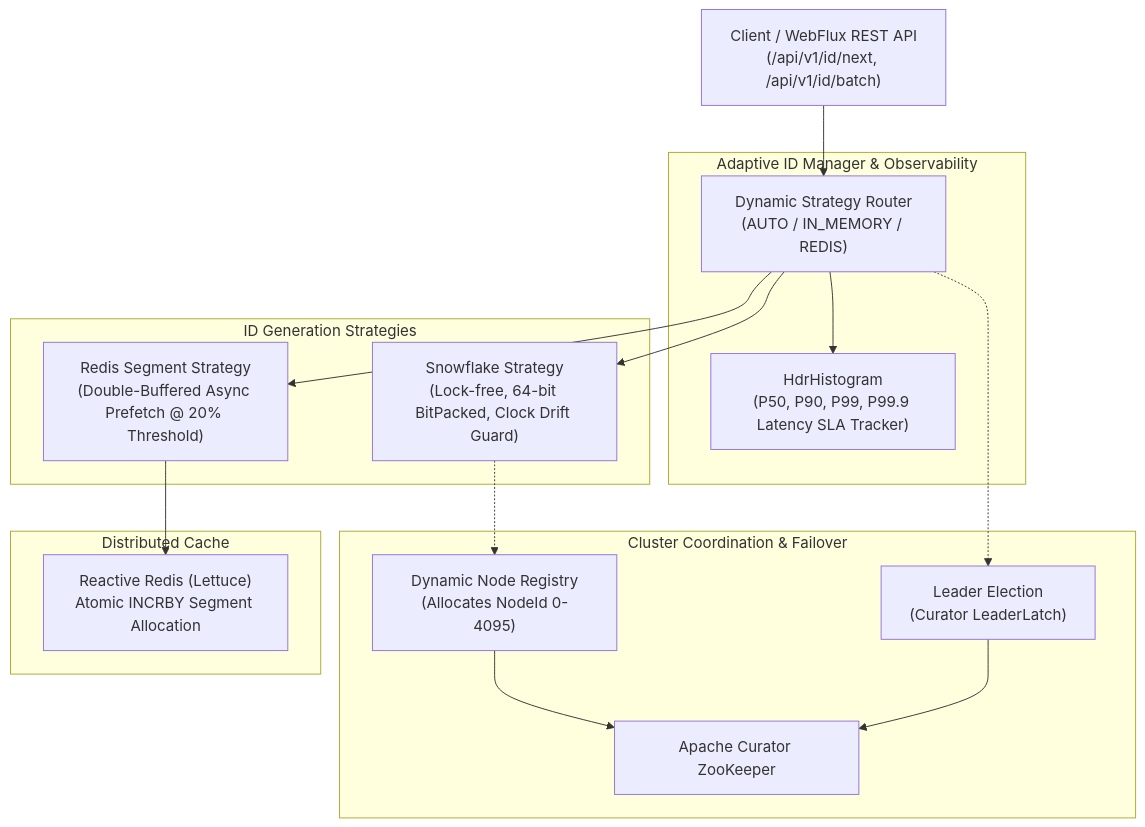
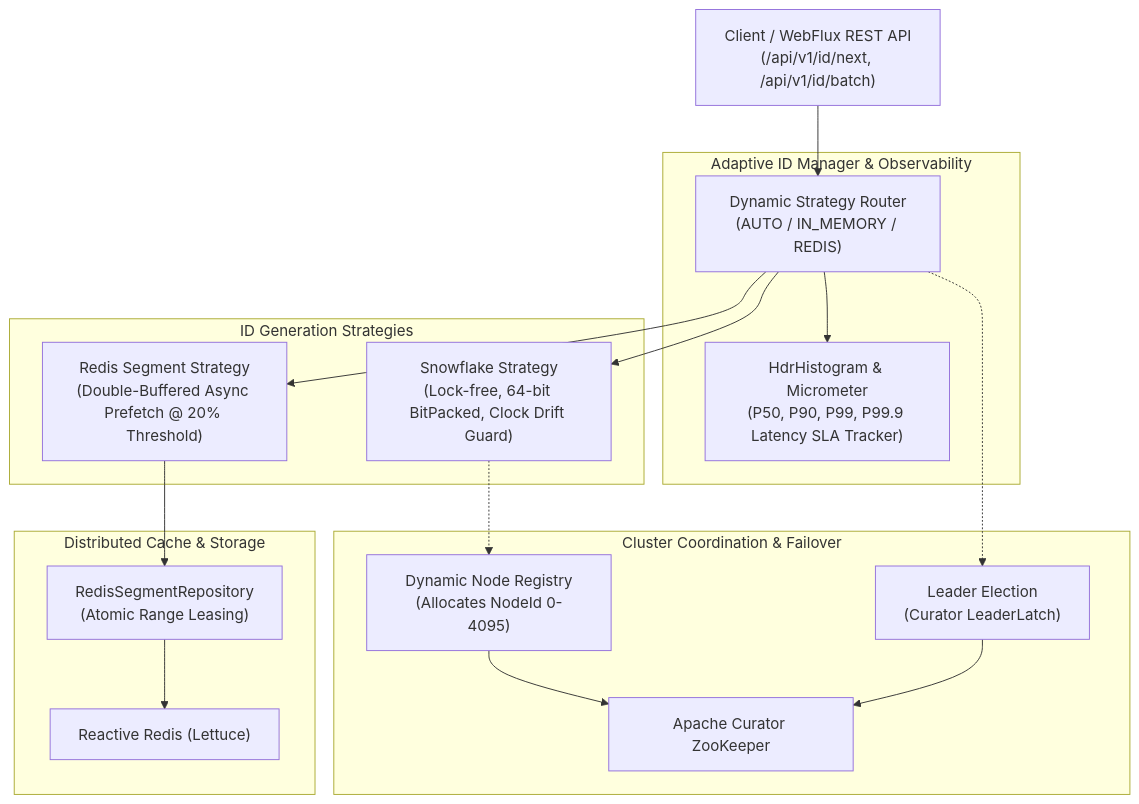
Before and after one commit to Anshadi/Election_Leader: the diagram in README.md, drawn with Mermaid. The commit also changed other lines of this file and 11 other files, not shown here.

Commit message:
feat: add RedisSegmentRepository, Micrometer Prometheus metrics, Dockerfile, and multi-node Docker Compose cluster with Grafana

````diff
--- a/README.md
+++ b/README.md
@@ -15,35 +16,37 @@
 ```mermaid
 flowchart TD
     Client["Client / WebFlux REST API<br/>(/api/v1/id/next, /api/v1/id/batch)"]
     
     subgraph Manager ["Adaptive ID Manager & Observability"]
         Router["Dynamic Strategy Router<br/>(AUTO / IN_MEMORY / REDIS)"]
-        Hdr["HdrHistogram<br/>(P50, P90, P99, P99.9 Latency SLA Tracker)"]
+        Hdr["HdrHistogram & Micrometer<br/>(P50, P90, P99, P99.9 Latency SLA Tracker)"]
     end
     
     subgraph Strategies ["ID Generation Strategies"]
         Snowflake["Snowflake Strategy<br/>(Lock-free, 64-bit BitPacked, Clock Drift Guard)"]
         RedisSegment["Redis Segment Strategy<br/>(Double-Buffered Async Prefetch @ 20% Threshold)"]
     end
 
     subgraph Coordination ["Cluster Coordination & Failover"]
         ZK["Apache Curator ZooKeeper"]
         LeaderElection["Leader Election<br/>(Curator LeaderLatch)"]
         NodeRegistry["Dynamic Node Registry<br/>(Allocates NodeId 0-4095)"]
     end
 
-    subgraph RedisStore ["Distributed Cache"]
-        Redis["Reactive Redis (Lettuce)<br/>Atomic INCRBY Segment Allocation"]
+    subgraph RedisStore ["Distributed Cache & Storage"]
+        RedisRepo["RedisSegmentRepository<br/>(Atomic Range Leasing)"]
+        Redis["Reactive Redis (Lettuce)"]
     end
 
     Client --> Router
     Router --> Hdr
     Router --> Snowflake
     Router --> RedisSegment
     
     Snowflake -.-> NodeRegistry
-    RedisSegment --> Redis
+    RedisSegment --> RedisRepo
+    RedisRepo --> Redis
     Router -.-> LeaderElection
     LeaderElection --> ZK
     NodeRegistry --> ZK
 ```
````
